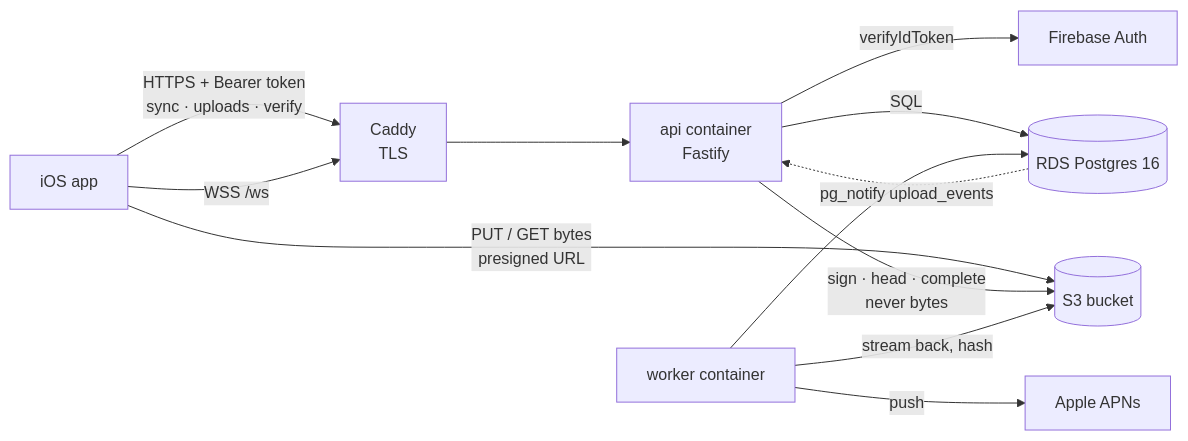
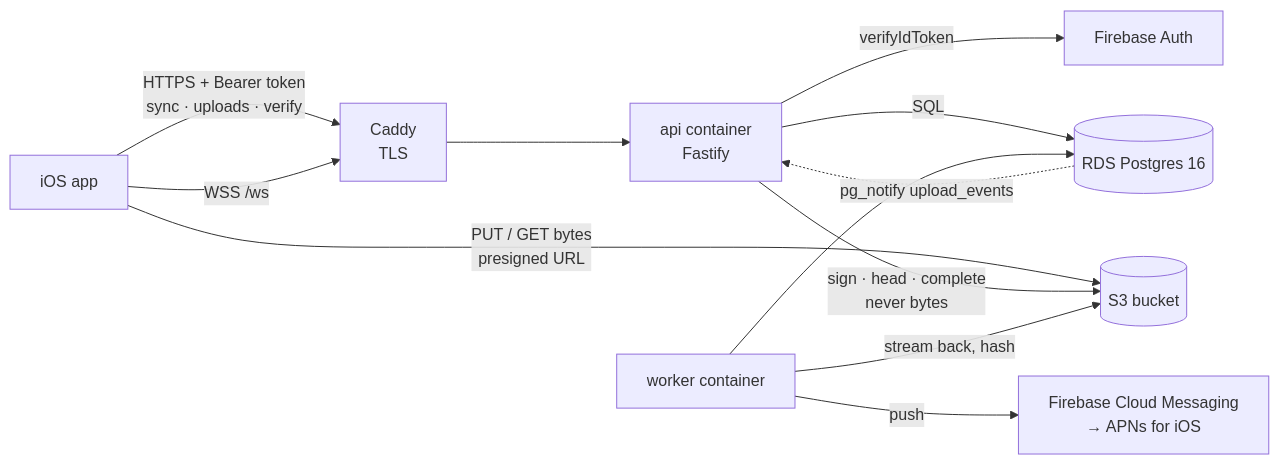
Before and after one commit to DAMHONGDUC/site-log-be: the diagram in docs/feature-docs/00-overview.md, drawn with Mermaid. The commit also changed other lines of this file and 3 other files, not shown here.

First line of the commit message:
docs: push - Firebase Cloud Messaging sender for both apps · docs/feature-docs (1/8)

````diff
--- a/docs/feature-docs/00-overview.md
+++ b/docs/feature-docs/00-overview.md
@@ -44,14 +44,14 @@
 ```mermaid
 flowchart LR
     App["iOS app"] -->|"HTTPS + Bearer token<br/>sync · uploads · verify"| Caddy["Caddy<br/>TLS"]
     App -->|"WSS /ws"| Caddy
     App -->|"PUT / GET bytes<br/>presigned URL"| S3[("S3 bucket")]
     Caddy --> API["api container<br/>Fastify"]
     API -->|"verifyIdToken"| FB["Firebase Auth"]
     API -->|"SQL"| RDS[("RDS Postgres 16")]
     API -->|"sign · head · complete<br/>never bytes"| S3
     Worker["worker container"] -->|"stream back, hash"| S3
     Worker --> RDS
-    Worker -->|"push"| APNs["Apple APNs"]
+    Worker -->|"push"| FCM["Firebase Cloud Messaging<br/>→ APNs for iOS"]
     RDS -.->|"pg_notify upload_events"| API
 ```
````
